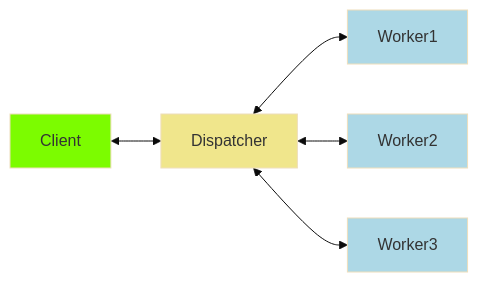
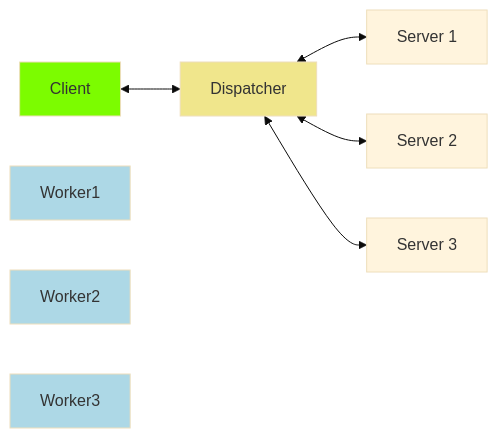
One commit to phucnguyen81/system-design-primer changed the first of 2 diagrams in pages/load-balancer.md. Above: the diagram before and after it, drawn with Mermaid (base theme). The commit also changed 13 other files, not shown here.

````diff
--- a/pages/load-balancer.md
+++ b/pages/load-balancer.md
@@ -9,12 +9,12 @@
 ```mermaid!
 graph LR
   Client <--> Dispatcher
-  Dispatcher <--> Worker1
-  Dispatcher <--> Worker2
-  Dispatcher <--> Worker3
+  Dispatcher <--> Server1[Server 1]
+  Dispatcher <--> Server2[Server 2]
+  Dispatcher <--> Server3[Server 3]
   style Client fill:LawnGreen
   style Dispatcher fill:Khaki
   style Worker1 fill:LightBlue
   style Worker2 fill:LightBlue
   style Worker3 fill:LightBlue
 ```
````
